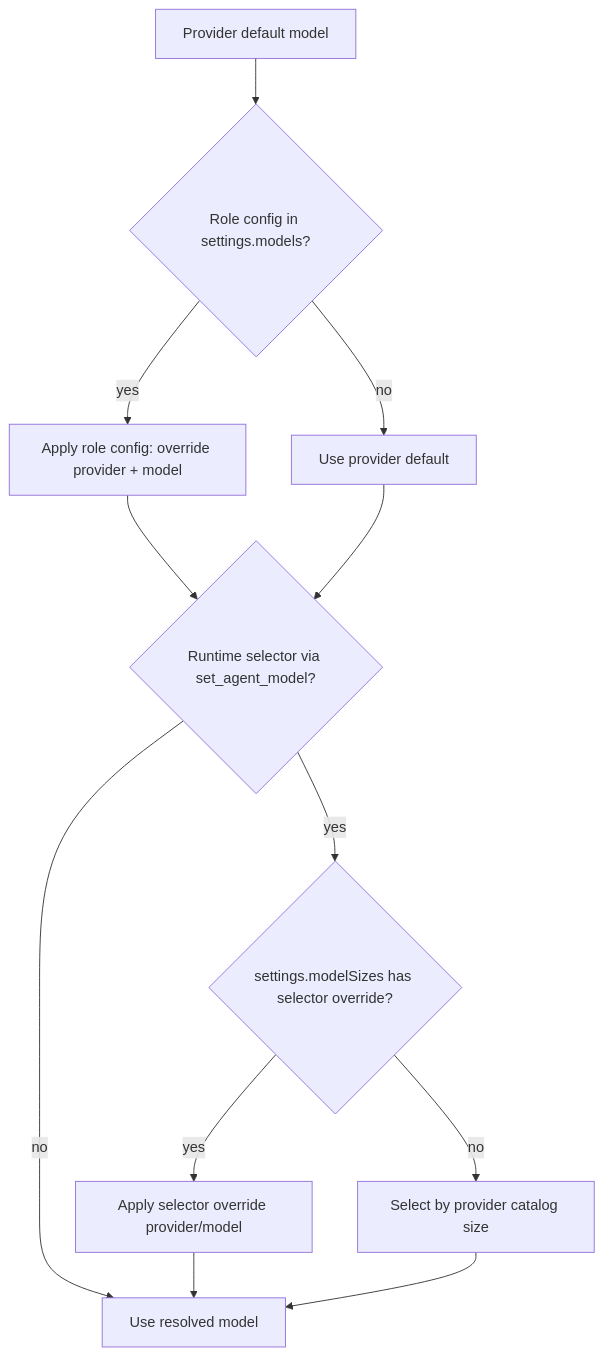
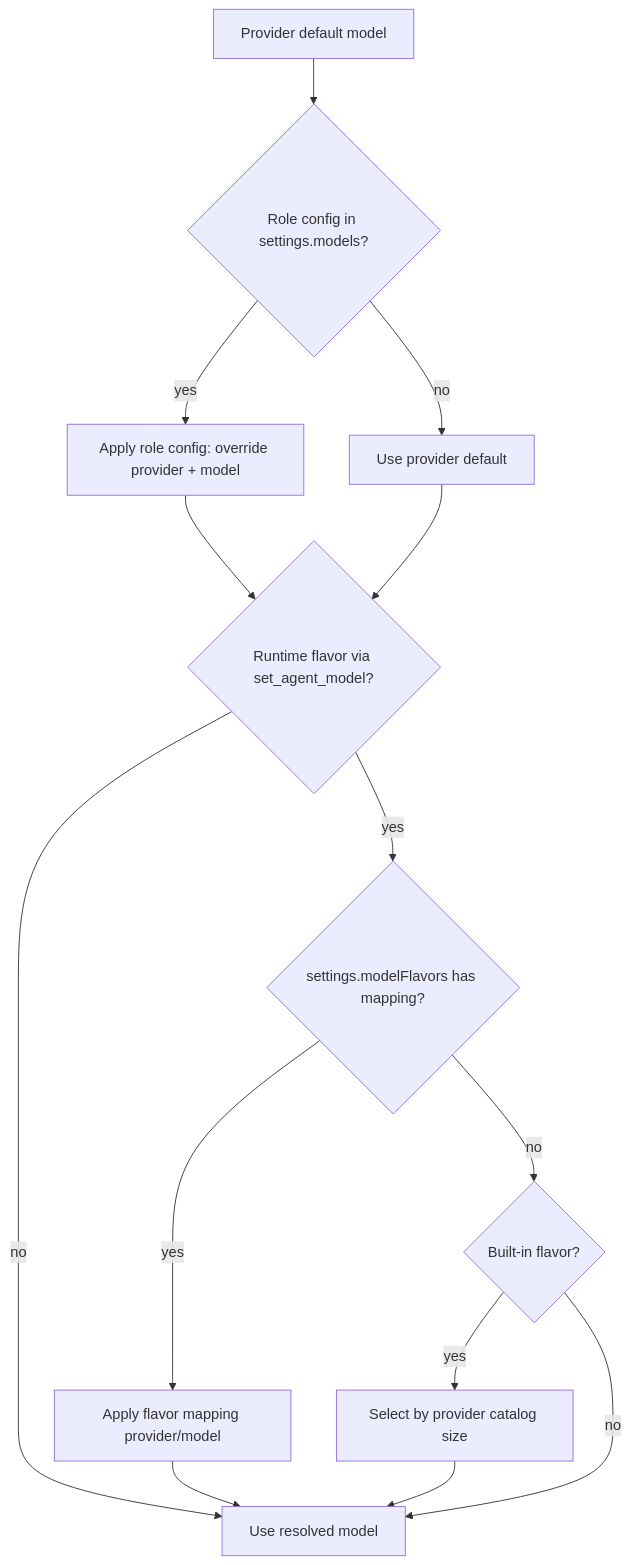
The first of 2 diagrams in doc/concepts/models.md (ex3ndr/daycare), drawn with Mermaid before and after one commit. The commit also changed other lines of this file and 18 other files, not shown here.

Commit message:
feat(models): add custom model flavor mappings

````diff
--- a/doc/concepts/models.md
+++ b/doc/concepts/models.md
@@ -47,14 +54,16 @@
 ```mermaid
 flowchart TD
     A[Provider default model] --> B{Role config in settings.models?}
     B -- yes --> C[Apply role config: override provider + model]
     B -- no --> D[Use provider default]
-    C --> E{Runtime selector via set_agent_model?}
+    C --> E{Runtime flavor via set_agent_model?}
     D --> E
     E -- no --> H[Use resolved model]
-    E -- yes --> F{settings.modelSizes has selector override?}
-    F -- yes --> G[Apply selector override provider/model]
-    F -- no --> I[Select by provider catalog size]
+    E -- yes --> F{settings.modelFlavors has mapping?}
+    F -- yes --> G[Apply flavor mapping provider/model]
+    F -- no --> I{Built-in flavor?}
+    I -- yes --> J[Select by provider catalog size]
+    I -- no --> H
     G --> H
-    I --> H
+    J --> H
 ```
````
